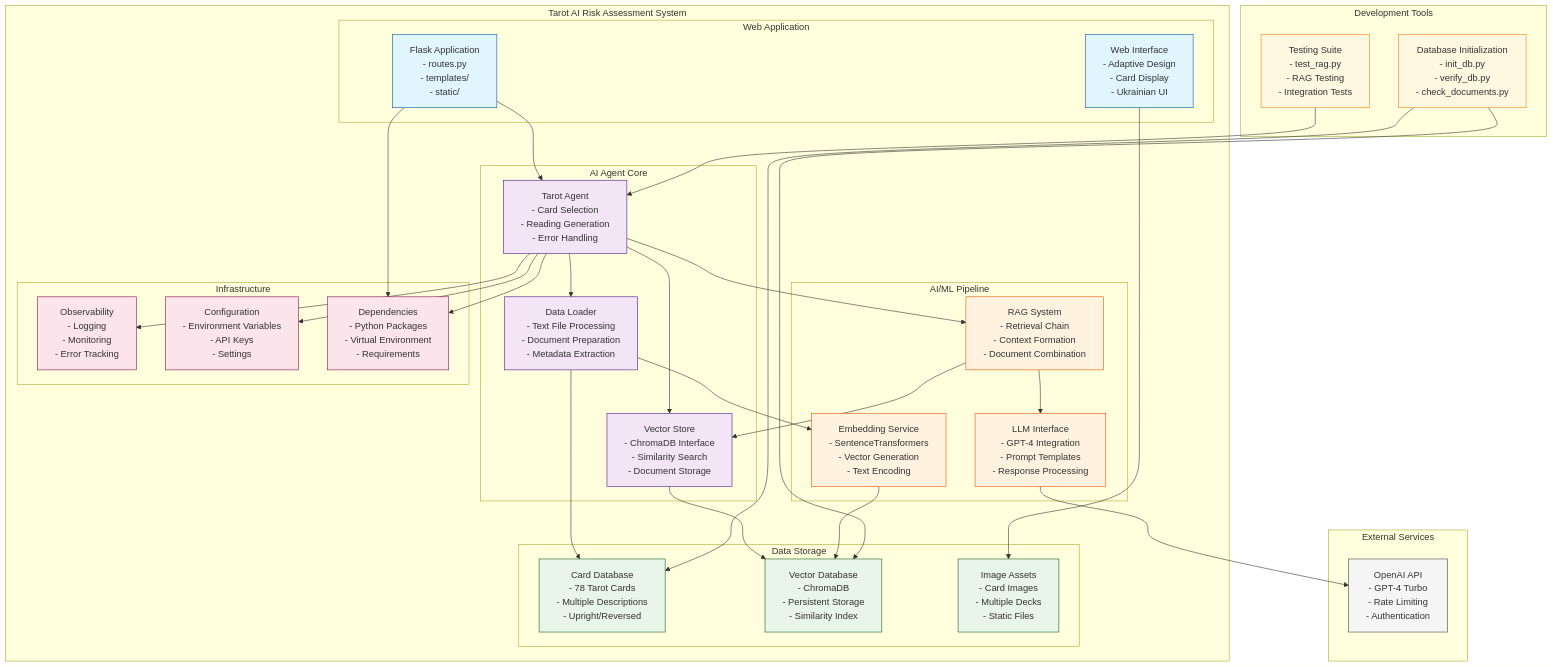
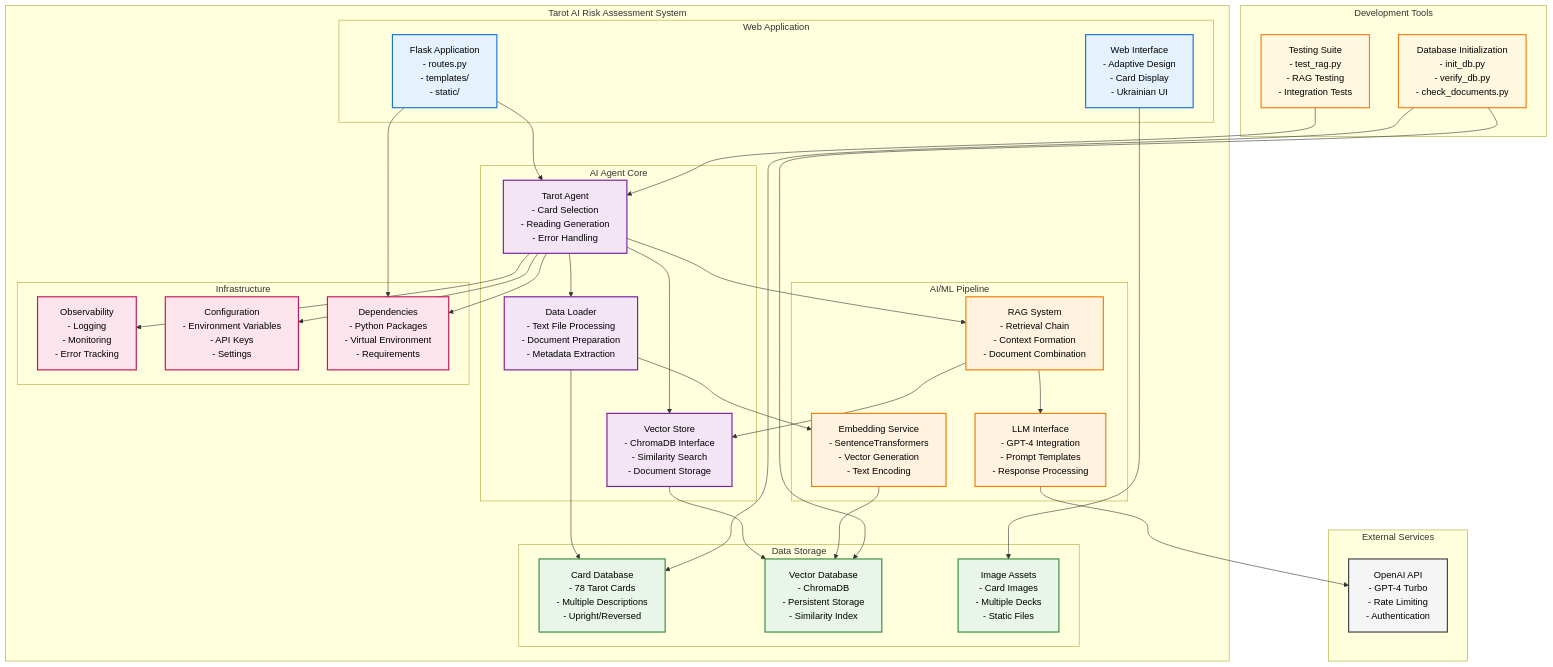
The seventh of 7 diagrams in README.md (igorgorovoy/fwdays-hackaton-ai-agent-risk-assessment-system), drawn with Mermaid before and after one commit. The commit also changed other lines of this file, not shown here.

Commit message:
add arch , hld. make more readable diagrams

```diff
--- a/README.md
+++ b/README.md
@@ -448,14 +490,14 @@
     FlaskApp --> Dependencies
     TarotAgent --> Dependencies
 
-    %% Styling
-    classDef webapp fill:#e1f5fe,stroke:#01579b
-    classDef aicore fill:#f3e5f5,stroke:#4a148c
-    classDef mlpipeline fill:#fff3e0,stroke:#e65100
-    classDef datastorage fill:#e8f5e8,stroke:#1b5e20
-    classDef infrastructure fill:#fce4ec,stroke:#880e4f
-    classDef external fill:#f5f5f5,stroke:#424242
-    classDef devtools fill:#fff8e1,stroke:#f57f17
+    %% Стилі для кращої читабельності на GitHub
+    classDef webapp fill:#e3f2fd,stroke:#1976d2,stroke-width:2px,color:#000
+    classDef aicore fill:#f3e5f5,stroke:#7b1fa2,stroke-width:2px,color:#000
+    classDef mlpipeline fill:#fff3e0,stroke:#f57c00,stroke-width:2px,color:#000
+    classDef datastorage fill:#e8f5e8,stroke:#388e3c,stroke-width:2px,color:#000
+    classDef infrastructure fill:#fce4ec,stroke:#c2185b,stroke-width:2px,color:#000
+    classDef external fill:#f5f5f5,stroke:#424242,stroke-width:2px,color:#000
+    classDef devtools fill:#fff8e1,stroke:#f57f17,stroke-width:2px,color:#000
 
     class FlaskApp,WebUI webapp
     class TarotAgent,DataLoader,VectorStore aicore
```
